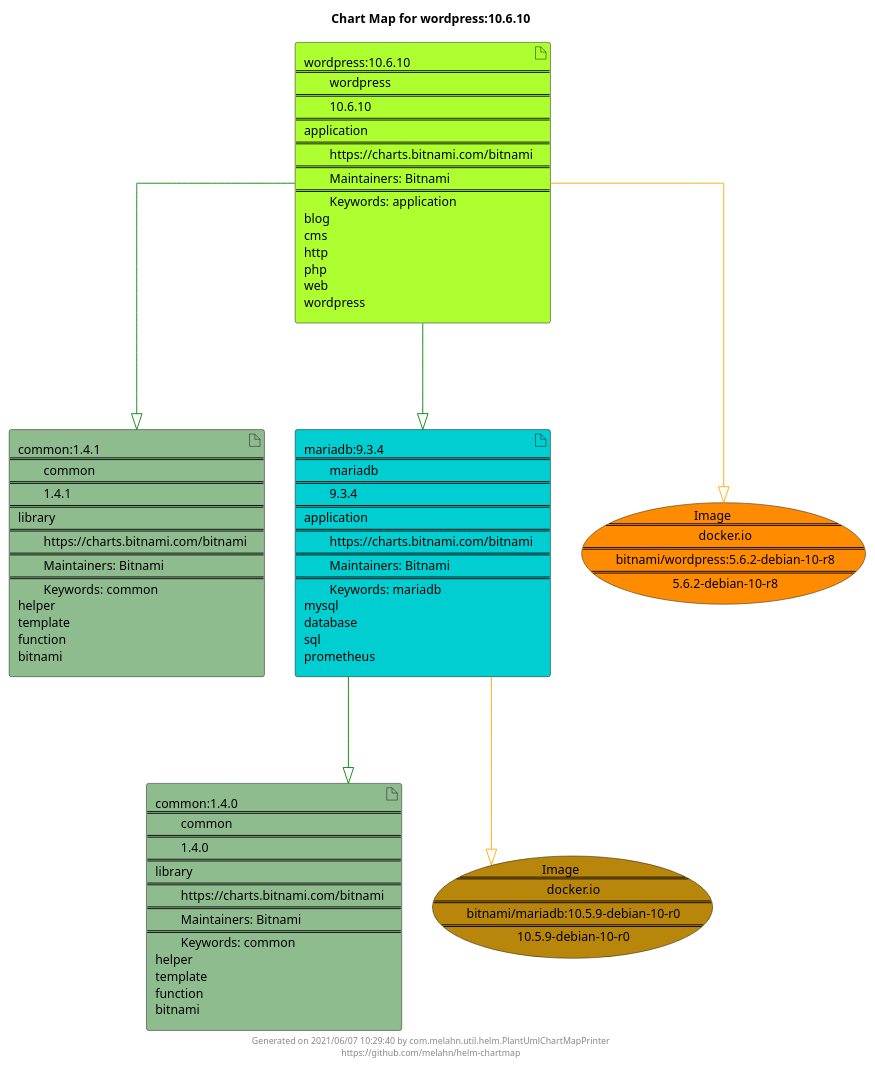
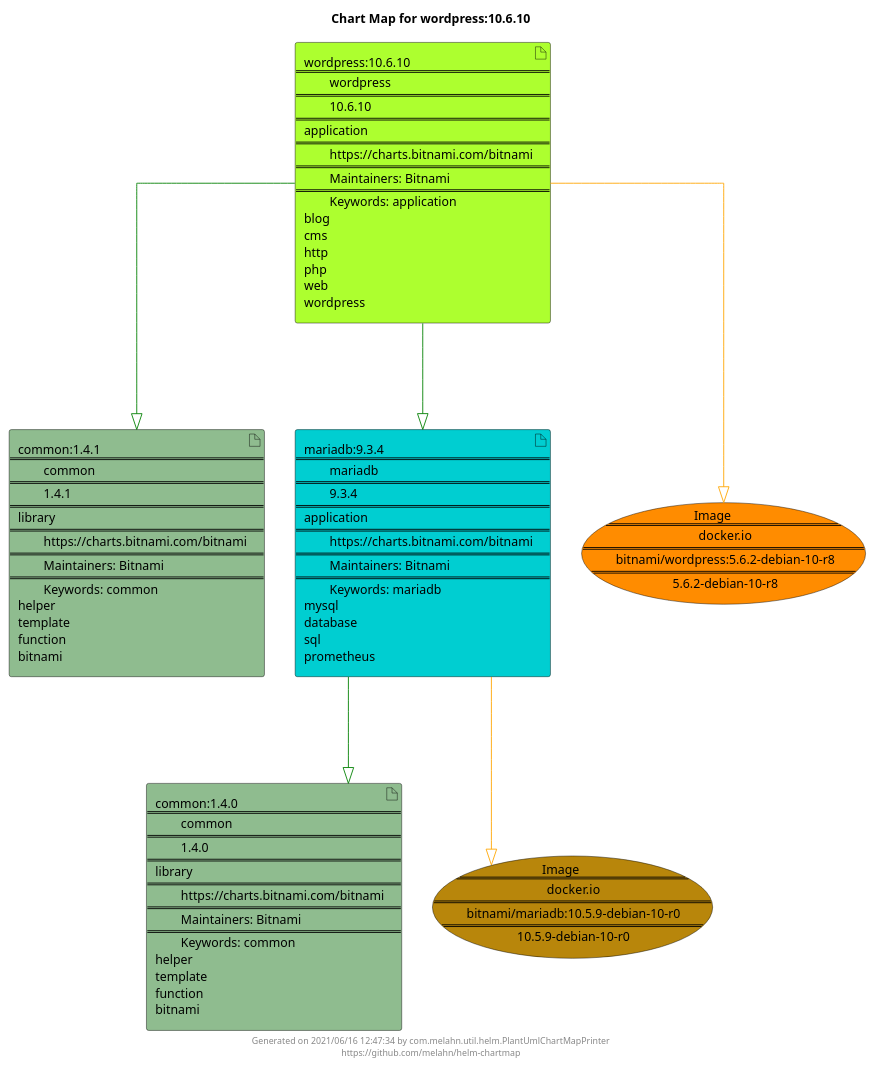
The diagram in docs/wordpress/wordpress-10.6.10.puml (melahn/helm-chartmap), drawn with PlantUML before and after one commit. The commit also changed 39 other files, not shown here.

```diff
--- a/docs/wordpress/wordpress-10.6.10.puml
+++ b/docs/wordpress/wordpress-10.6.10.puml
@@ -1,29 +1,29 @@
 @startuml
 skinparam linetype ortho
 skinparam backgroundColor white
 skinparam usecaseBorderColor black
 skinparam usecaseArrowColor LightSlateGray
 skinparam artifactBorderColor black
 skinparam artifactArrowColor LightSlateGray
 
 title Chart Map for wordpress:10.6.10
 
 'There are 4 referenced Helm Charts
 artifact "common:1.4.1\n====\n\tcommon\n====\n\t1.4.1\n====\nlibrary\n====\n\thttps://charts.bitnami.com/bitnami\n====\n\tMaintainers: Bitnami\n====\n\tKeywords: common\nhelper\ntemplate\nfunction\nbitnami" as common_1_4_1 #DarkSeaGreen
 artifact "mariadb:9.3.4\n====\n\tmariadb\n====\n\t9.3.4\n====\napplication\n====\n\thttps://charts.bitnami.com/bitnami\n====\n\tMaintainers: Bitnami\n====\n\tKeywords: mariadb\nmysql\ndatabase\nsql\nprometheus" as mariadb_9_3_4 #DarkTurquoise
 artifact "common:1.4.0\n====\n\tcommon\n====\n\t1.4.0\n====\nlibrary\n====\n\thttps://charts.bitnami.com/bitnami\n====\n\tMaintainers: Bitnami\n====\n\tKeywords: common\nhelper\ntemplate\nfunction\nbitnami" as common_1_4_0 #DarkSeaGreen
 artifact "wordpress:10.6.10\n====\n\twordpress\n====\n\t10.6.10\n====\napplication\n====\n\thttps://charts.bitnami.com/bitnami\n====\n\tMaintainers: Bitnami\n====\n\tKeywords: application\nblog\ncms\nhttp\nphp\nweb\nwordpress" as wordpress_10_6_10 #GreenYellow
 
 'There are 2 referenced Docker Images
 usecase "Image\n====\n\tdocker.io\n====\n\tbitnami/wordpress:5.6.2-debian-10-r8\n====\n\t5.6.2-debian-10-r8" as docker_io_bitnami_wordpress_5_6_2_debian_10_r8 #Darkorange
 usecase "Image\n====\n\tdocker.io\n====\n\tbitnami/mariadb:10.5.9-debian-10-r0\n====\n\t10.5.9-debian-10-r0" as docker_io_bitnami_mariadb_10_5_9_debian_10_r0 #DarkGoldenRod
 
 'Chart Dependencies
 wordpress_10_6_10--[#green]-|>common_1_4_1
 wordpress_10_6_10--[#green]-|>mariadb_9_3_4
 mariadb_9_3_4--[#green]-|>common_1_4_0
 mariadb_9_3_4--[#orange]-|>docker_io_bitnami_mariadb_10_5_9_debian_10_r0
 wordpress_10_6_10--[#orange]-|>docker_io_bitnami_wordpress_5_6_2_debian_10_r8
 
-center footer Generated on 2021/06/07 10:29:40 by com.melahn.util.helm.PlantUmlChartMapPrinter\nhttps://github.com/melahn/helm-chartmap
+center footer Generated on 2021/06/16 12:47:34 by com.melahn.util.helm.PlantUmlChartMapPrinter\nhttps://github.com/melahn/helm-chartmap
 @enduml
```
